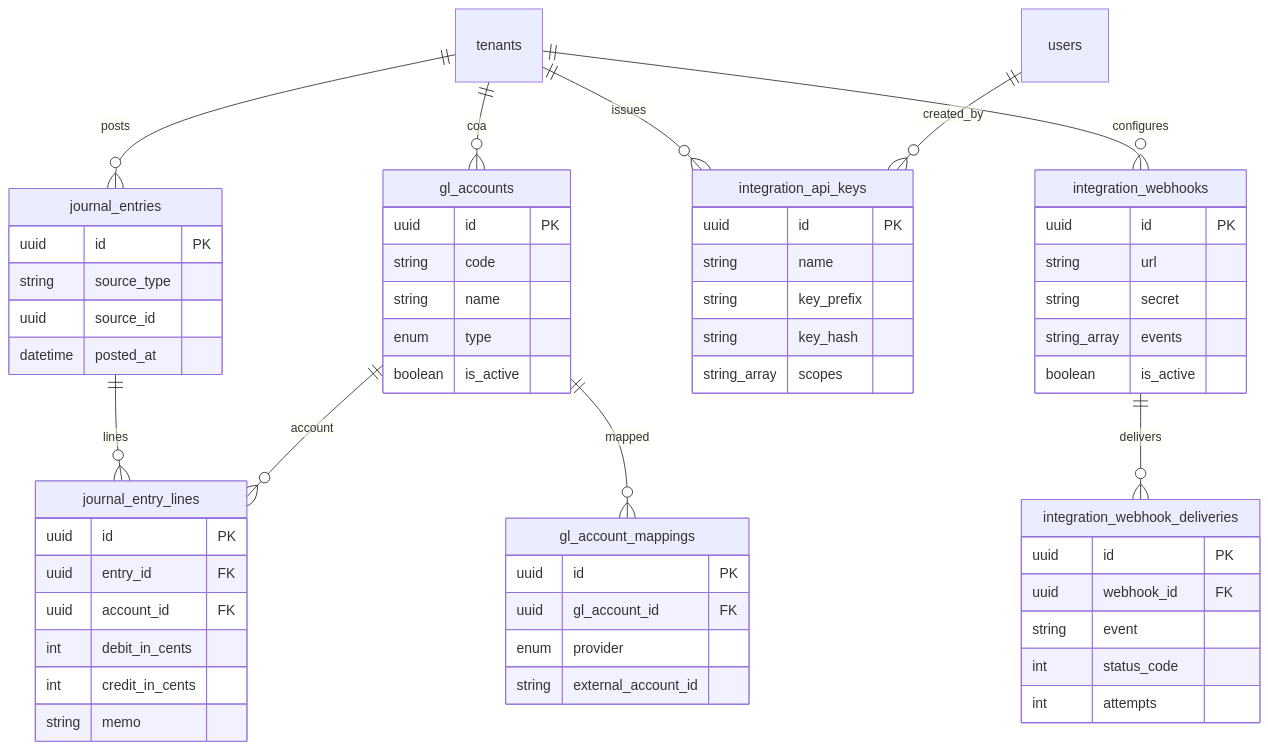
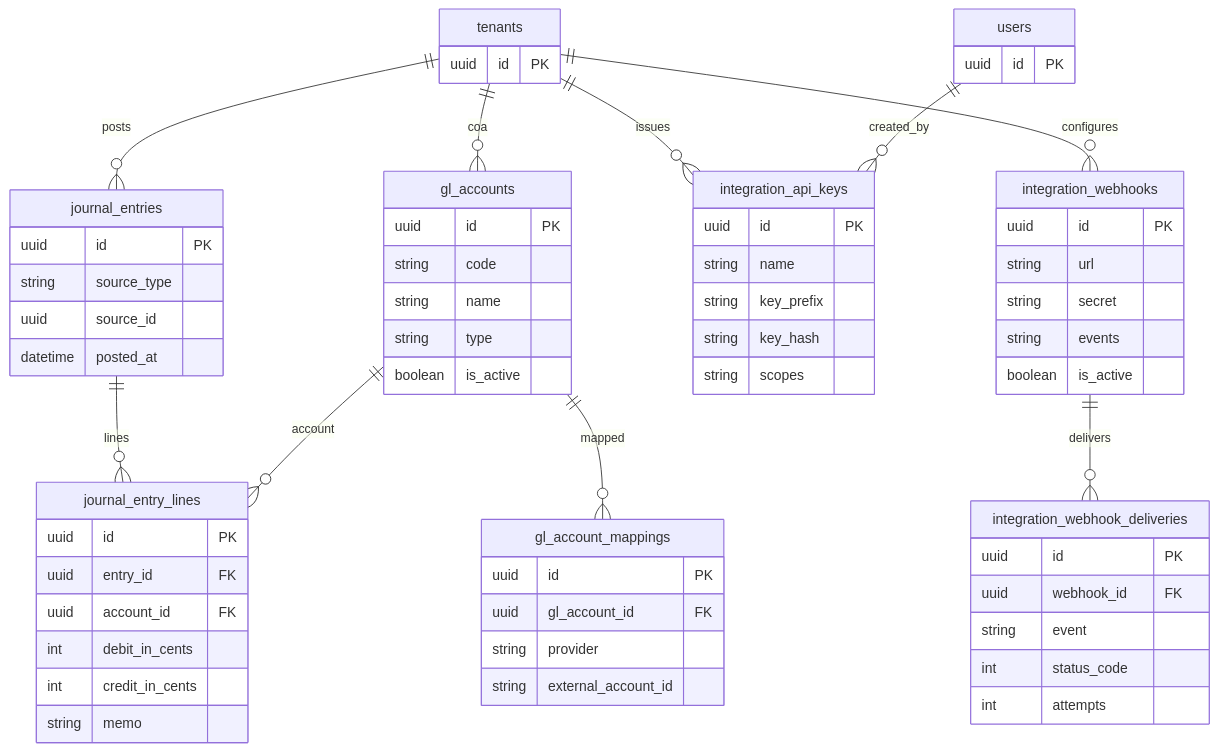
The tenth of 11 diagrams in docs/ERD.md (bionte4/mposbon), drawn with Mermaid before and after one commit. The commit also changed other lines of this file, not shown here.

First line of the commit message:
Fix Mermaid ERD syntax for GitHub rendering.

````diff
--- a/docs/ERD.md
+++ b/docs/ERD.md
@@ -536,67 +634,75 @@
 ```mermaid
 erDiagram
-  tenants ||--o{ gl_accounts : coa
-  tenants ||--o{ journal_entries : posts
-  journal_entries ||--o{ journal_entry_lines : lines
-  gl_accounts ||--o{ journal_entry_lines : account
-  gl_accounts ||--o{ gl_account_mappings : mapped
-  tenants ||--o{ integration_api_keys : issues
-  users ||--o{ integration_api_keys : created_by
-  tenants ||--o{ integration_webhooks : configures
-  integration_webhooks ||--o{ integration_webhook_deliveries : delivers
+  tenants ||--o{ gl_accounts : "coa"
+  tenants ||--o{ journal_entries : "posts"
+  journal_entries ||--o{ journal_entry_lines : "lines"
+  gl_accounts ||--o{ journal_entry_lines : "account"
+  gl_accounts ||--o{ gl_account_mappings : "mapped"
+  tenants ||--o{ integration_api_keys : "issues"
+  users ||--o{ integration_api_keys : "created_by"
+  tenants ||--o{ integration_webhooks : "configures"
+  integration_webhooks ||--o{ integration_webhook_deliveries : "delivers"
 
   gl_accounts {
     uuid id PK
     string code
     string name
-    enum type
+    string type
     boolean is_active
   }
 
   journal_entries {
     uuid id PK
     string source_type
     uuid source_id
     datetime posted_at
   }
 
   journal_entry_lines {
     uuid id PK
     uuid entry_id FK
     uuid account_id FK
     int debit_in_cents
     int credit_in_cents
     string memo
   }
 
   gl_account_mappings {
     uuid id PK
     uuid gl_account_id FK
-    enum provider
+    string provider
     string external_account_id
   }
 
   integration_api_keys {
     uuid id PK
     string name
     string key_prefix
     string key_hash
-    string_array scopes
+    string scopes
   }
 
   integration_webhooks {
     uuid id PK
     string url
     string secret
-    string_array events
+    string events
     boolean is_active
   }
 
   integration_webhook_deliveries {
     uuid id PK
     uuid webhook_id FK
     string event
     int status_code
     int attempts
   }
+
+  tenants {
+    uuid id PK
+  }
+
+  users {
+    uuid id PK
+  }
 ```
````
